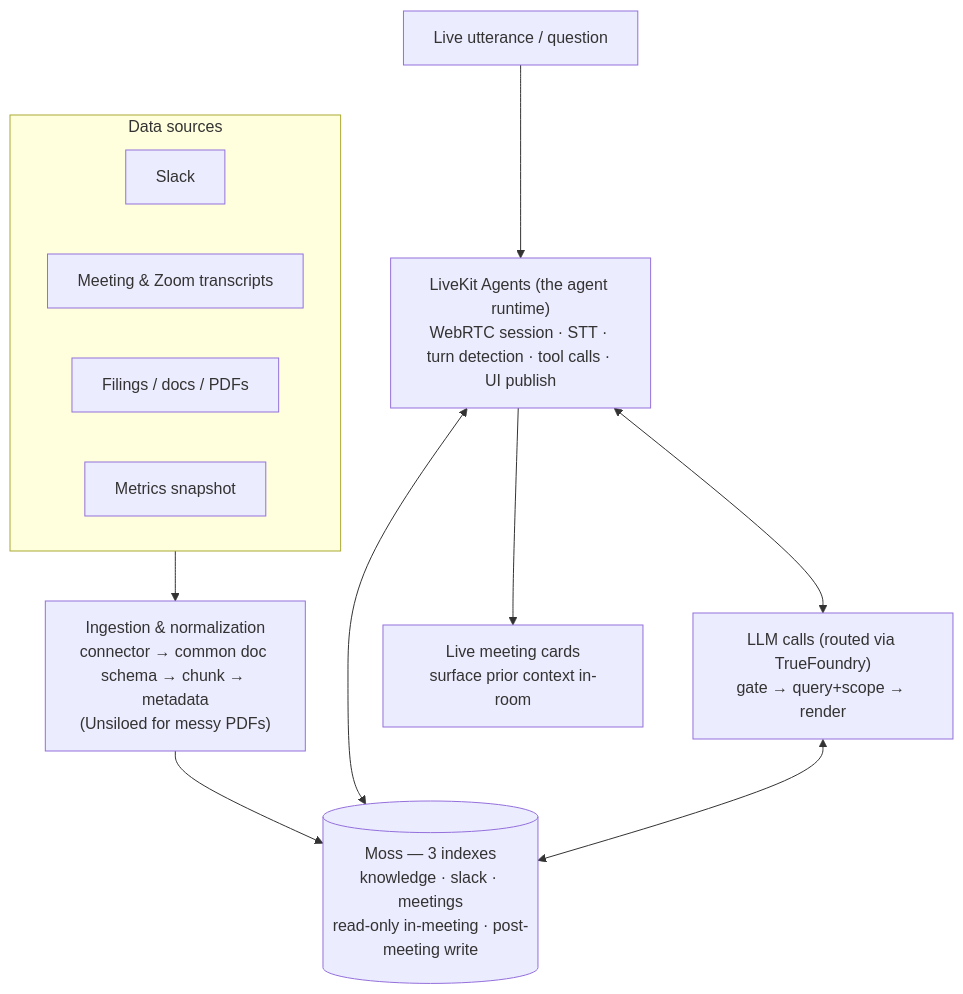
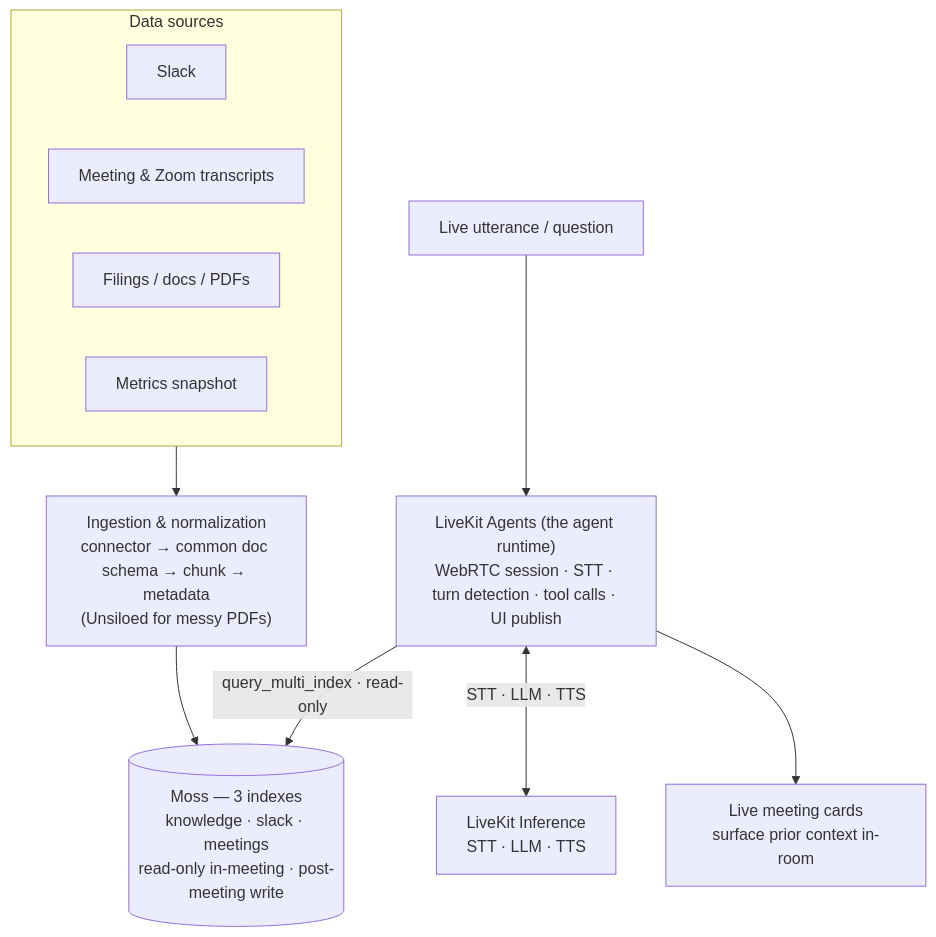
One commit to alimtaha/tellmequick changed the diagram in financial-prd-final.md. Above: the diagram before and after it, drawn with Mermaid. The commit also changed other lines of this file, not shown here.

First line of the commit message:
de-stale prd: livekit inference, tool-call gating, real repo layout

````diff
--- a/financial-prd-final.md
+++ b/financial-prd-final.md
@@ -50,18 +50,17 @@
 ```mermaid
 flowchart TD
   subgraph SRC["Data sources"]
     SL[Slack]
     TR[Meeting & Zoom transcripts]
     FI[Filings / docs / PDFs]
     ME[Metrics snapshot]
   end
   SRC --> ING["Ingestion & normalization<br/>connector → common doc schema → chunk → metadata<br/>(Unsiloed for messy PDFs)"]
   ING --> MOSS[("Moss — 3 indexes<br/>knowledge · slack · meetings<br/>read-only in-meeting · post-meeting write")]
   AGENT["LiveKit Agents (the agent runtime)<br/>WebRTC session · STT · turn detection · tool calls · UI publish"]
-  LLM["LLM calls (routed via TrueFoundry)<br/>gate → query+scope → render"]
+  INF["LiveKit Inference<br/>STT · LLM · TTS"]
   LIVE["Live utterance / question"] --> AGENT
-  AGENT <--> LLM
-  AGENT <--> MOSS
-  LLM <--> MOSS
+  AGENT <-->|STT · LLM · TTS| INF
+  AGENT -->|query_multi_index · read-only| MOSS
   AGENT --> CARDS["Live meeting cards<br/>surface prior context in-room"]
 ```
````
